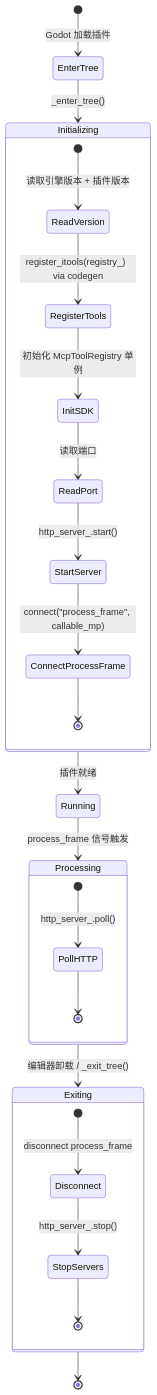
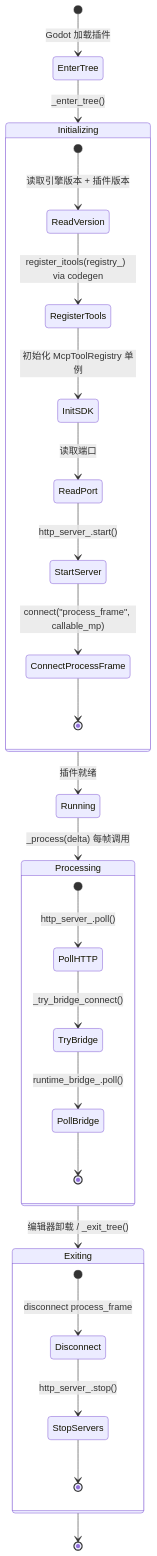
The diagram in .repo_wiki/modules/editor-plugin.md (jesspig/GodotMCP-GDExtension), drawn with Mermaid before and after one commit. The commit also changed other lines of this file and 7 other files, not shown here.

````diff
--- a/.repo_wiki/modules/editor-plugin.md
+++ b/.repo_wiki/modules/editor-plugin.md
@@ -7,35 +7,37 @@
 ```mermaid
 stateDiagram-v2
     [*] --> EnterTree: Godot 加载插件
     
     EnterTree --> Initializing: _enter_tree()
     
     state Initializing {
         [*] --> ReadVersion: 读取引擎版本 + 插件版本
         ReadVersion --> RegisterTools: register_itools(registry_)  via codegen
         RegisterTools --> InitSDK: 初始化 McpToolRegistry 单例
         InitSDK --> ReadPort: 读取端口
         ReadPort --> StartServer: http_server_.start()
         StartServer --> ConnectProcessFrame: connect("process_frame", callable_mp)
         ConnectProcessFrame --> [*]
     }
     
     Initializing --> Running: 插件就绪
     
-    Running --> Processing: process_frame 信号触发
+    Running --> Processing: _process(delta) 每帧调用
     
     state Processing {
         [*] --> PollHTTP: http_server_.poll()
-        PollHTTP --> [*]
+        PollHTTP --> TryBridge: _try_bridge_connect()
+        TryBridge --> PollBridge: runtime_bridge_.poll()
+        PollBridge --> [*]
     }
     
     Processing --> Exiting: 编辑器卸载 / _exit_tree()
     
     state Exiting {
         [*] --> Disconnect: disconnect process_frame
         Disconnect --> StopServers: http_server_.stop()
         StopServers --> [*]
     }
     
     Exiting --> [*]
 ```
````
